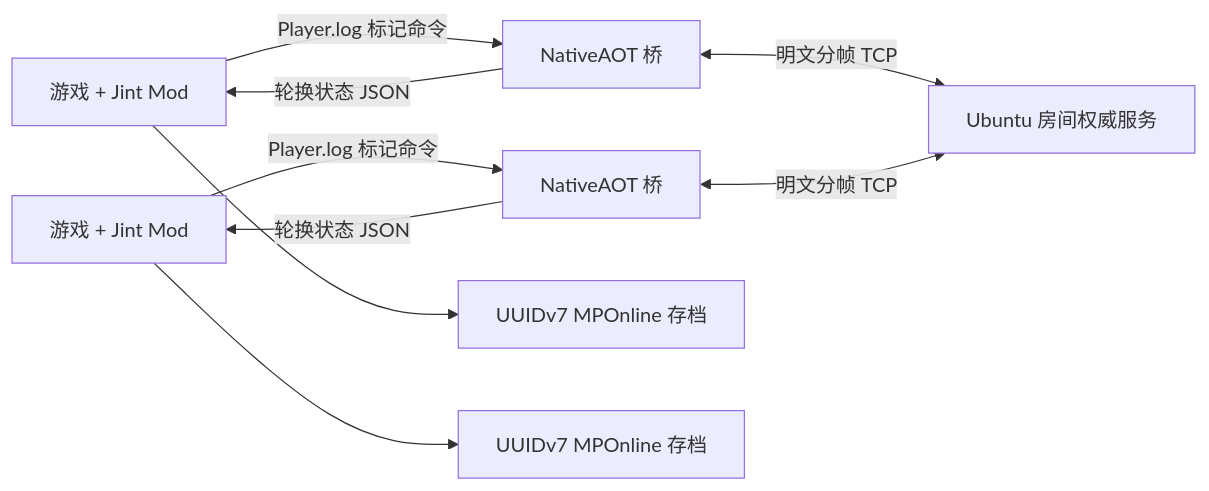
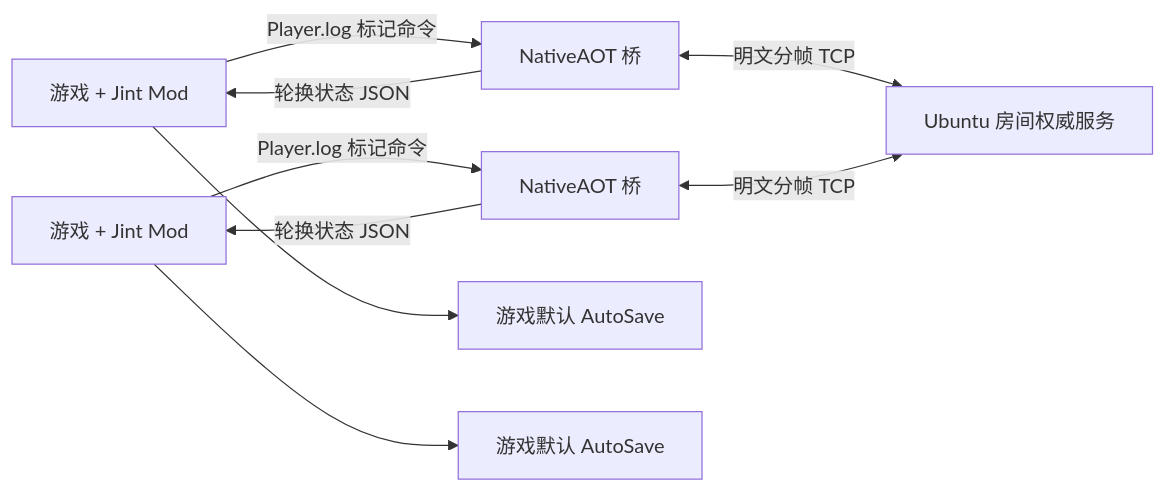
One commit to Sakura-QoQ/Multiplayer-Mod changed the diagram in docs/ARCHITECTURE.zh-CN.md. Above: the diagram before and after it, drawn with Mermaid. The commit also changed other lines of this file and 8 other files, not shown here.

````diff
--- a/docs/ARCHITECTURE.zh-CN.md
+++ b/docs/ARCHITECTURE.zh-CN.md
@@ -7,11 +7,11 @@
 ```mermaid
 flowchart LR
     GameA[游戏 + Jint Mod] -->|Player.log 标记命令| BridgeA[NativeAOT 桥]
     BridgeA -->|轮换状态 JSON| GameA
     GameB[游戏 + Jint Mod] -->|Player.log 标记命令| BridgeB[NativeAOT 桥]
     BridgeB -->|轮换状态 JSON| GameB
     BridgeA <-->|明文分帧 TCP| Server[Ubuntu 房间权威服务]
     BridgeB <-->|明文分帧 TCP| Server
-    GameA --> SaveA[UUIDv7 MPOnline 存档]
-    GameB --> SaveB[UUIDv7 MPOnline 存档]
+    GameA --> SaveA[游戏默认 AutoSave]
+    GameB --> SaveB[游戏默认 AutoSave]
 ```
````
